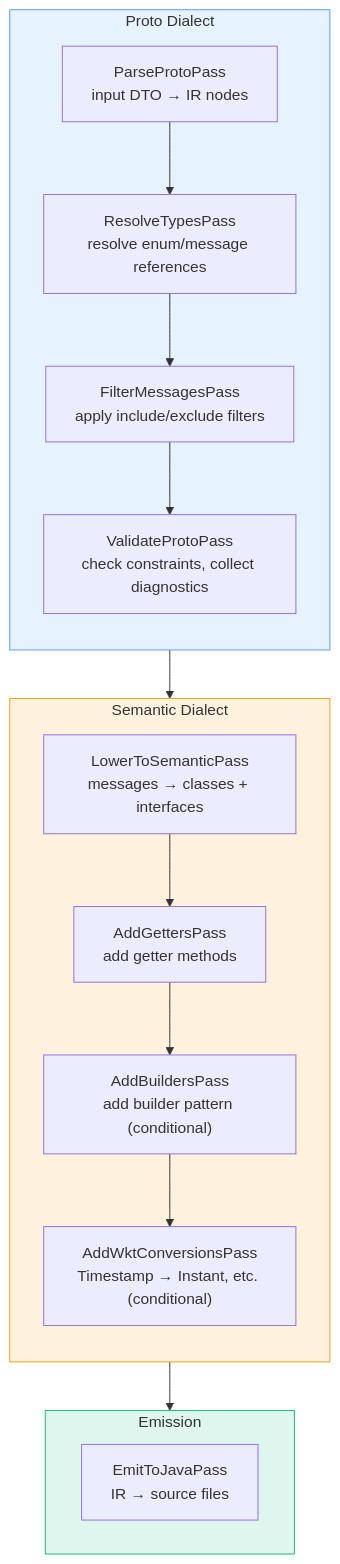
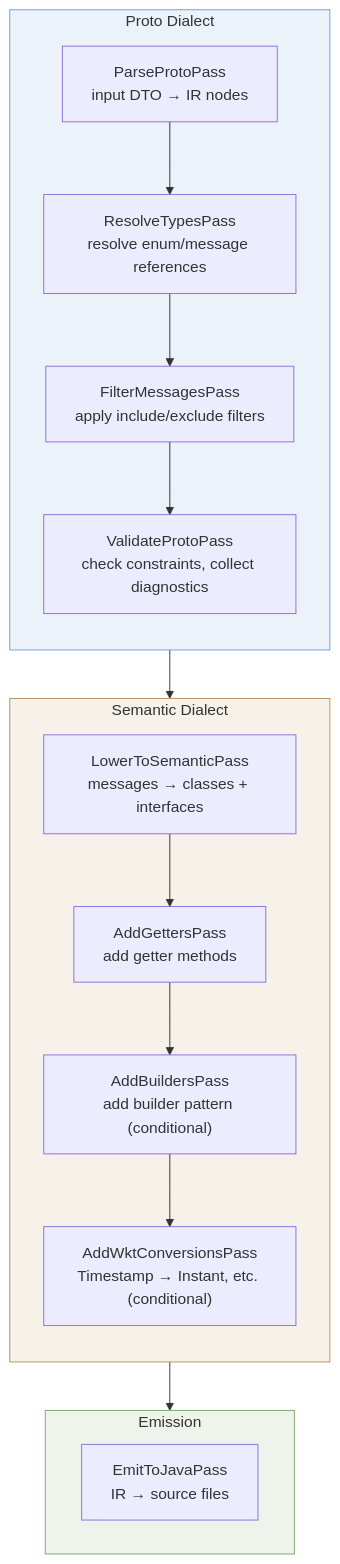
Before and after one commit to alnovis/nebula: the third of 5 diagrams in content/blog/compiler-ideas-for-code-generation.md, drawn with Mermaid. The commit also changed other lines of this file and 4 other files, not shown here.

First line of the commit message:
feat(style): matched palette for diagram layers and the CDN page

````diff
--- a/content/blog/compiler-ideas-for-code-generation.md
+++ b/content/blog/compiler-ideas-for-code-generation.md
@@ -118,30 +118,30 @@
 ```mermaid
 flowchart TB
     subgraph proto["Proto Dialect"]
         direction TB
         P1["ParseProtoPass\ninput DTO → IR nodes"]
         P2["ResolveTypesPass\nresolve enum/message references"]
         P3["FilterMessagesPass\napply include/exclude filters"]
         P4["ValidateProtoPass\ncheck constraints, collect diagnostics"]
         P1 --> P2 --> P3 --> P4
     end
 
     subgraph semantic["Semantic Dialect"]
         direction TB
         S1["LowerToSemanticPass\nmessages → classes + interfaces"]
         S2["AddGettersPass\nadd getter methods"]
         S3["AddBuildersPass\nadd builder pattern (conditional)"]
         S4["AddWktConversionsPass\nTimestamp → Instant, etc. (conditional)"]
         S1 --> S2 --> S3 --> S4
     end
 
     subgraph emit["Emission"]
         E1["EmitToJavaPass\nIR → source files"]
     end
 
     proto --> semantic --> emit
 
-    style proto fill:#4a9eff22,stroke:#4a9eff
-    style semantic fill:#f59e0b22,stroke:#f59e0b
-    style emit fill:#10b98122,stroke:#10b981
+    style proto fill:#759ed222,stroke:#759ed2
+    style semantic fill:#b8955922,stroke:#b89559
+    style emit fill:#7da97422,stroke:#7da974
 ```
````
